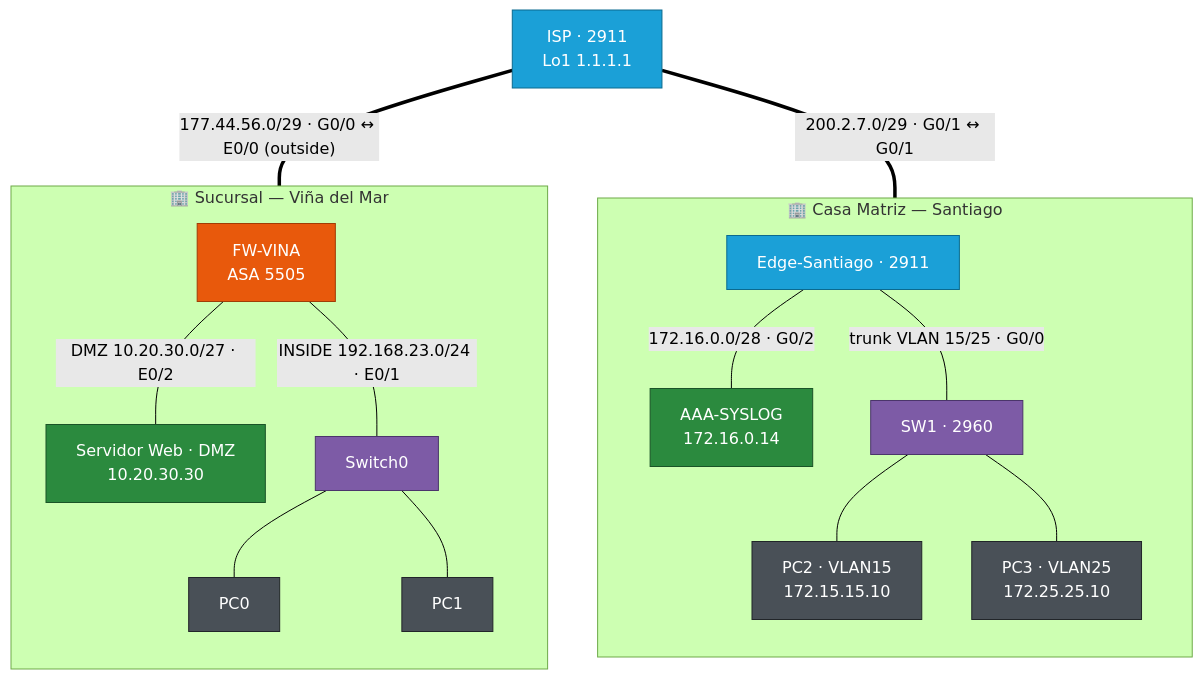
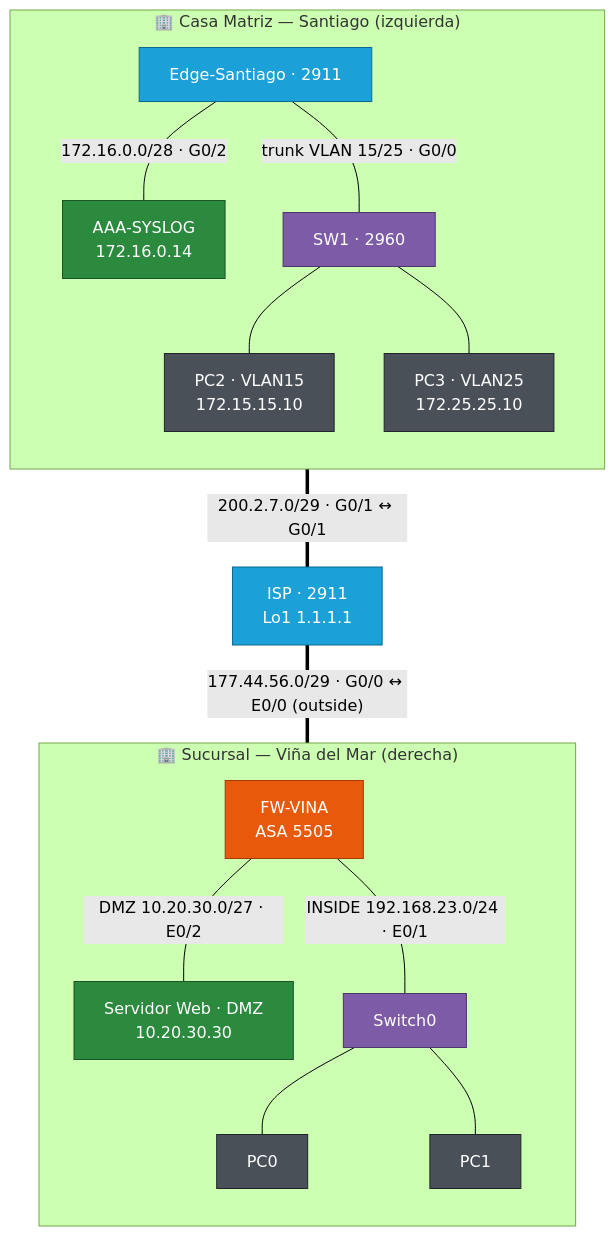
One commit to Aburahamu20/Examen-Transversal-CCNA-Security changed the diagram in README.md. Above: the diagram before and after it, drawn with Mermaid (forest theme).

Commit message:
Corregir orientación del diagrama (Santiago izquierda, Viña derecha)

````diff
--- a/README.md
+++ b/README.md
@@ -41,39 +41,39 @@
 ```mermaid
 flowchart TB
     ISP["ISP · 2911<br/>Lo1 1.1.1.1"]:::router
 
-    subgraph SANTIAGO["🏢 Casa Matriz — Santiago"]
+    subgraph SANTIAGO["🏢 Casa Matriz — Santiago (izquierda)"]
         direction TB
         EDGE["Edge-Santiago · 2911"]:::router
         AAA["AAA-SYSLOG<br/>172.16.0.14"]:::server
         SW1["SW1 · 2960"]:::switch
         PC2["PC2 · VLAN15<br/>172.15.15.10"]:::pc
         PC3["PC3 · VLAN25<br/>172.25.25.10"]:::pc
+        EDGE ---|"172.16.0.0/28 · G0/2"| AAA
+        EDGE ---|"trunk VLAN 15/25 · G0/0"| SW1
+        SW1 --- PC2
+        SW1 --- PC3
     end
 
-    subgraph VINA["🏢 Sucursal — Viña del Mar"]
+    subgraph VINA["🏢 Sucursal — Viña del Mar (derecha)"]
         direction TB
         ASA["FW-VINA<br/>ASA 5505"]:::fw
         WEB["Servidor Web · DMZ<br/>10.20.30.30"]:::server
         SW0["Switch0"]:::switch
         PC0["PC0"]:::pc
         PC1["PC1"]:::pc
+        ASA ---|"DMZ 10.20.30.0/27 · E0/2"| WEB
+        ASA ---|"INSIDE 192.168.23.0/24 · E0/1"| SW0
+        SW0 --- PC0
+        SW0 --- PC1
     end
 
-    ISP ===|"200.2.7.0/29 · G0/1 ↔ G0/1"| EDGE
+    EDGE ===|"200.2.7.0/29 · G0/1 ↔ G0/1"| ISP
     ISP ===|"177.44.56.0/29 · G0/0 ↔ E0/0 (outside)"| ASA
-    EDGE ---|"172.16.0.0/28 · G0/2"| AAA
-    EDGE ---|"trunk VLAN 15/25 · G0/0"| SW1
-    SW1 --- PC2
-    SW1 --- PC3
-    ASA ---|"DMZ 10.20.30.0/27 · E0/2"| WEB
-    ASA ---|"INSIDE 192.168.23.0/24 · E0/1"| SW0
-    SW0 --- PC0
-    SW0 --- PC1
 
     classDef router fill:#1BA0D7,stroke:#0b6a8f,color:#fff
     classDef switch fill:#7d5ba6,stroke:#4b356b,color:#fff
     classDef fw fill:#e8590c,stroke:#a03d05,color:#fff
     classDef server fill:#2b8a3e,stroke:#1a5427,color:#fff
     classDef pc fill:#495057,stroke:#212529,color:#fff
 ```
````
